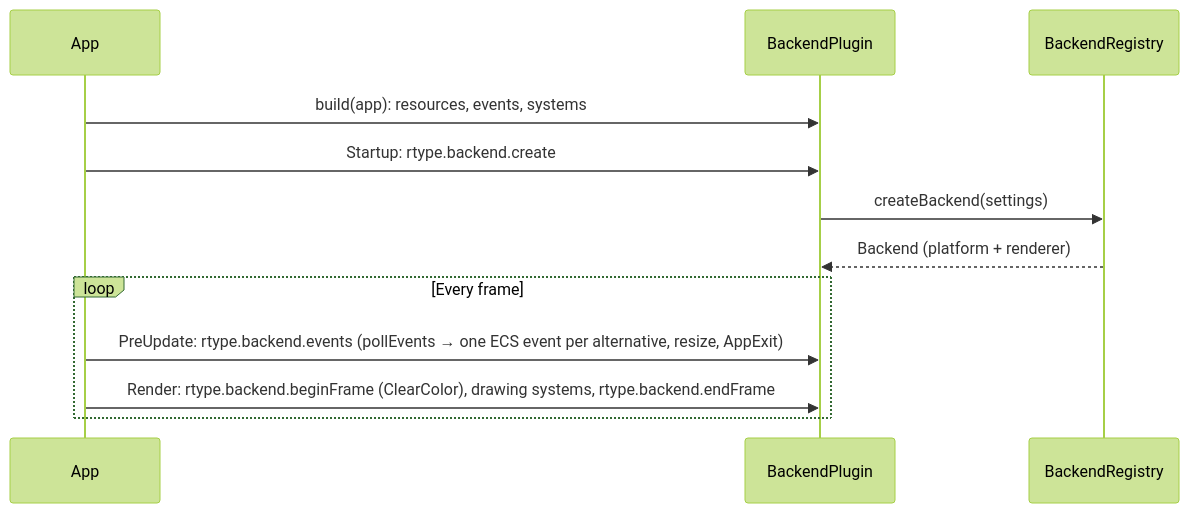
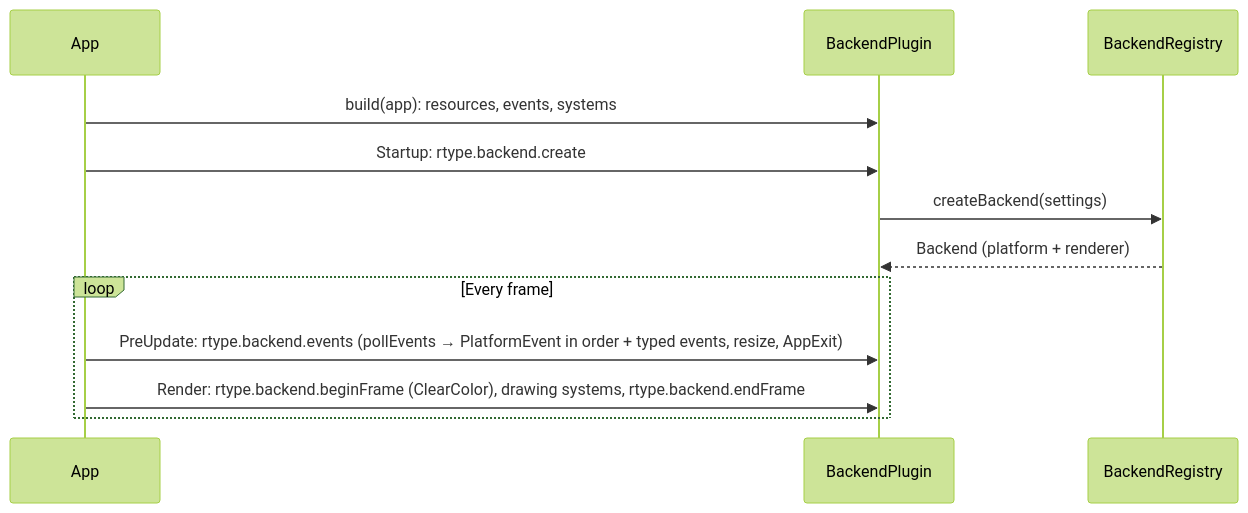
The diagram in docs/ecs/features/14-app-and-plugins.md (Charles-Mahoudeau/rtype), drawn with Mermaid (forest theme) before and after one commit. The commit also changed other lines of this file and 2 other files, not shown here.

First line of the commit message:
docs: describe the ordered platform events

````diff
--- a/docs/ecs/features/14-app-and-plugins.md
+++ b/docs/ecs/features/14-app-and-plugins.md
@@ -179,14 +178,14 @@
 ```mermaid
 sequenceDiagram
     participant App
     participant BP as BackendPlugin
     participant BR as BackendRegistry
     App->>BP: build(app): resources, events, systems
     App->>BP: Startup: rtype.backend.create
     BP->>BR: createBackend(settings)
     BR-->>BP: Backend (platform + renderer)
     loop Every frame
-        App->>BP: PreUpdate: rtype.backend.events (pollEvents → one ECS event per alternative, resize, AppExit)
+        App->>BP: PreUpdate: rtype.backend.events (pollEvents → PlatformEvent in order + typed events, resize, AppExit)
         App->>BP: Render: rtype.backend.beginFrame (ClearColor), drawing systems, rtype.backend.endFrame
     end
 ```
````
